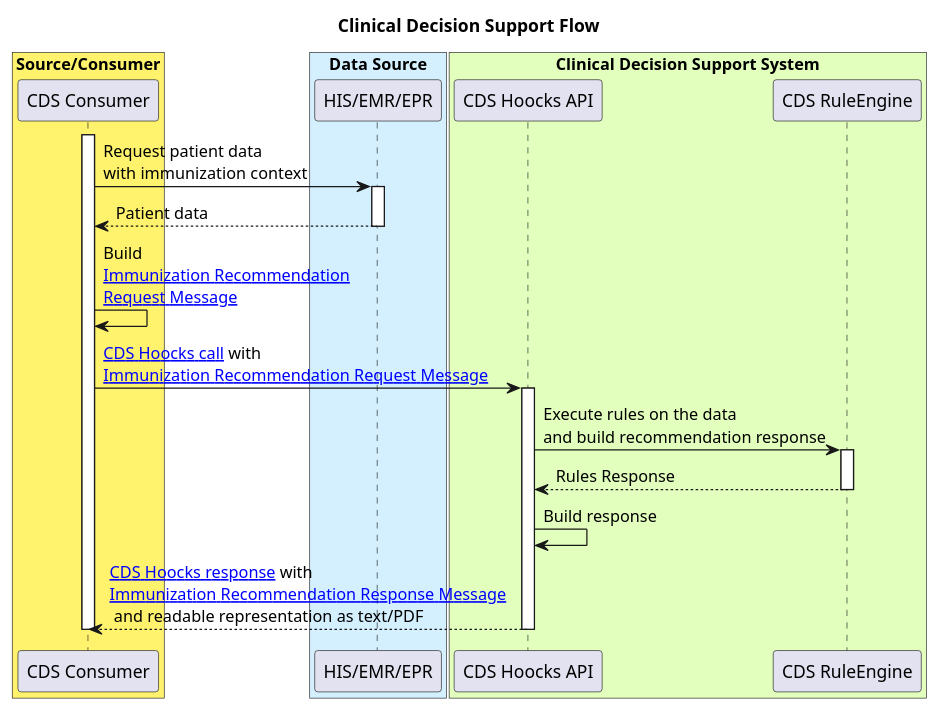
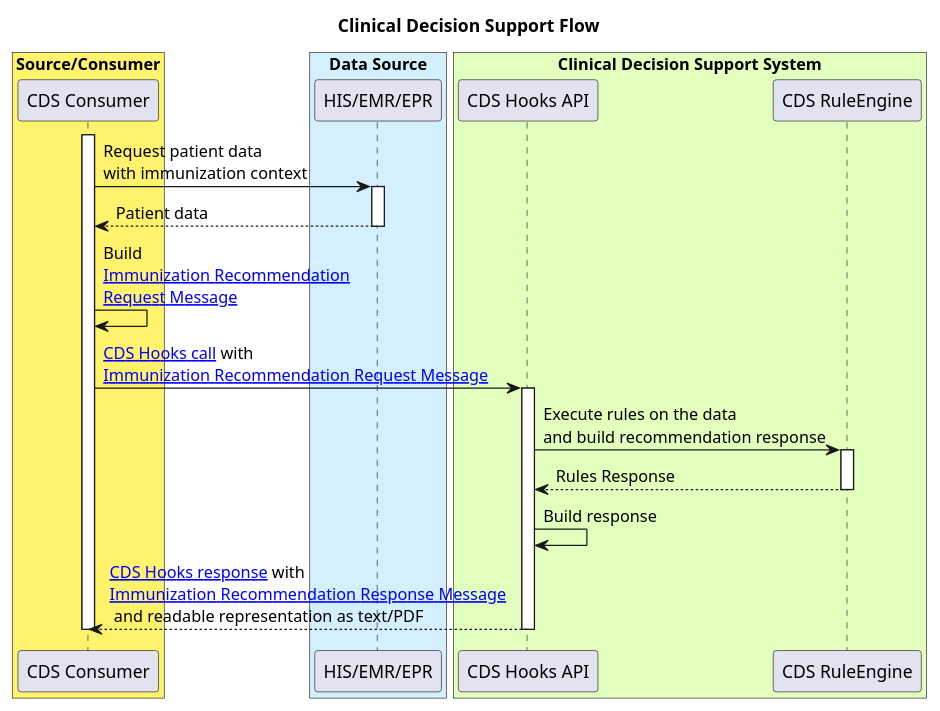
The diagram in input/images-source/cds-flow.plantuml (hl7ch/ch-vacd), drawn with PlantUML before and after one commit.

```diff
--- a/input/images-source/cds-flow.plantuml
+++ b/input/images-source/cds-flow.plantuml
@@ -1,34 +1,34 @@
 @startuml
 title Clinical Decision Support Flow
 
 box "Source/Consumer" #fff36e
 participant "CDS Consumer" as CDC 
 end box
 
 box "Data Source" #d4f0ff
 participant "HIS/EMR/EPR" as EHR
 end box
 
 box "Clinical Decision Support System" #e2ffbd
-participant "CDS Hoocks API" as CDSA
+participant "CDS Hooks API" as CDSA
 participant "CDS RuleEngine" as CDSR
 end box
 
 activate CDC
 CDC -> EHR: Request patient data\nwith immunization context
 activate EHR
 EHR --> CDC: Patient data
 deactivate EHR
 CDC -> CDC: Build\n[[immunization-recommendation-request-message.html Immunization Recommendation\nRequest Message]]
-CDC -> CDSA: [[https://cds-hooks.hl7.org/ CDS Hoocks call]] with\n[[immunization-recommendation-request-message.html Immunization Recommendation Request Message]]
+CDC -> CDSA: [[https://cds-hooks.hl7.org/ CDS Hooks call]] with\n[[immunization-recommendation-request-message.html Immunization Recommendation Request Message]]
 activate CDSA
 CDSA -> CDSR: Execute rules on the data\nand build recommendation response
 activate CDSR
 CDSR --> CDSA: Rules Response
 deactivate CDSR
 CDSA -> CDSA: Build response
-CDSA --> CDC: [[https://cds-hooks.hl7.org/ CDS Hoocks response]] with\n[[immunization-recommendation-response-message.html Immunization Recommendation Response Message]]\n and readable representation as text/PDF
+CDSA --> CDC: [[https://cds-hooks.hl7.org/ CDS Hooks response]] with\n[[immunization-recommendation-response-message.html Immunization Recommendation Response Message]]\n and readable representation as text/PDF
 deactivate CDSA
 deactivate CDC
 
 @enduml
```
